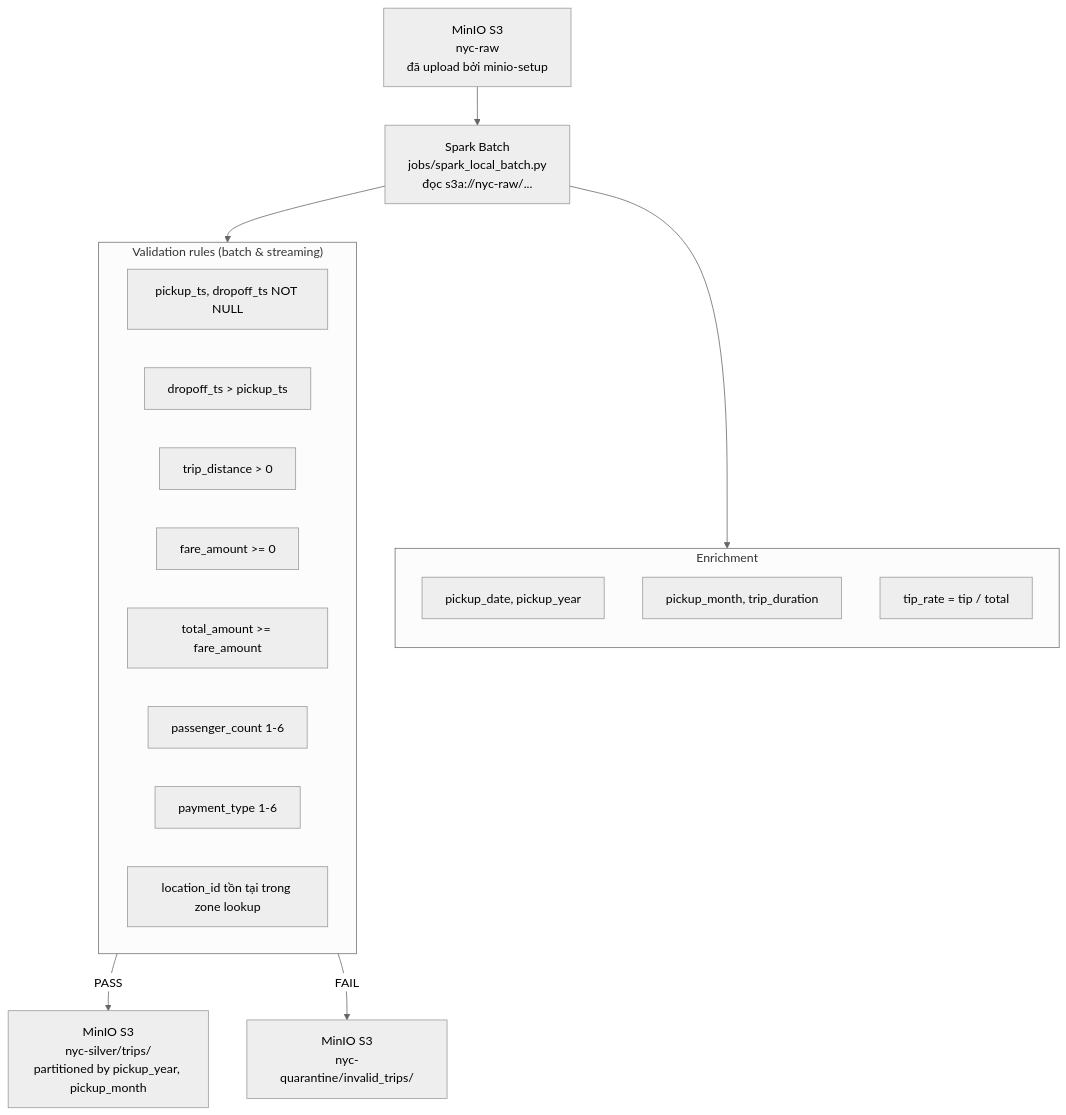
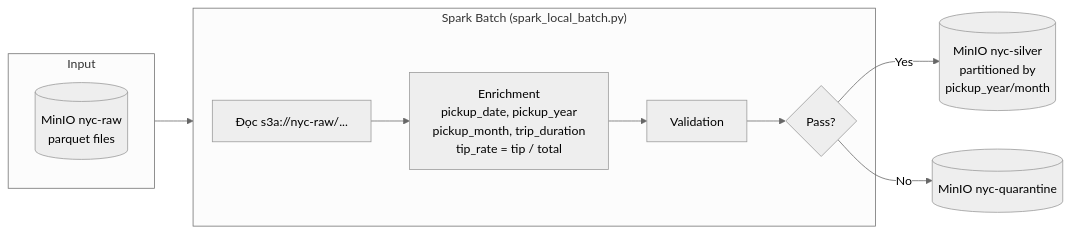
The third of 6 diagrams in GUIDE.md (DawieMalmsteel/nyc_new), drawn with Mermaid (neutral theme) before and after one commit. The commit also changed other lines of this file, not shown here.

First line of the commit message:
Rewrite GUIDE.md mermaid diagrams for accuracy

````diff
--- a/GUIDE.md
+++ b/GUIDE.md
@@ -268,26 +268,14 @@
 ```mermaid
-flowchart TB
-    Minio[MinIO S3<br/>nyc-raw<br/>đã upload bởi minio-setup] --> Spark[Spark Batch<br/>jobs/spark_local_batch.py<br/>đọc s3a://nyc-raw/...]
-    subgraph Enrich["Enrichment"]
-        direction TB
-        E1[pickup_date, pickup_year]
-        E2[pickup_month, trip_duration]
-        E3[tip_rate = tip / total]
+flowchart LR
+    subgraph Input["Input"]
+        M[(MinIO nyc-raw<br/>parquet files)]
     end
-
-    subgraph Validate["Validation rules (batch & streaming)"]
-        V1[pickup_ts, dropoff_ts NOT NULL]
-        V2[dropoff_ts > pickup_ts]
-        V3[trip_distance > 0]
-        V4[fare_amount >= 0]
-        V5[total_amount >= fare_amount]
-        V6[passenger_count 1-6]
-        V7[payment_type 1-6]
-        V8[location_id tồn tại trong zone lookup]
+    subgraph Process["Spark Batch (spark_local_batch.py)"]
+        Read[Đọc s3a://nyc-raw/...] --> Enrich[Enrichment<br/>pickup_date, pickup_year<br/>pickup_month, trip_duration<br/>tip_rate = tip / total]
+        Enrich --> Validate[Validation]
+        Validate --> Route{Pass?}
     end
-
-    Spark --> Enrich
-    Spark --> Validate
-    Validate -->|PASS| Silver[MinIO S3<br/>nyc-silver/trips/<br/>partitioned by pickup_year, pickup_month]
-    Validate -->|FAIL| Quarantine[MinIO S3<br/>nyc-quarantine/invalid_trips/]
+    Input --> Process
+    Route -->|Yes| Silver[(MinIO nyc-silver<br/>partitioned by<br/>pickup_year/month)]
+    Route -->|No| Quar[(MinIO nyc-quarantine)]
 ```
````
